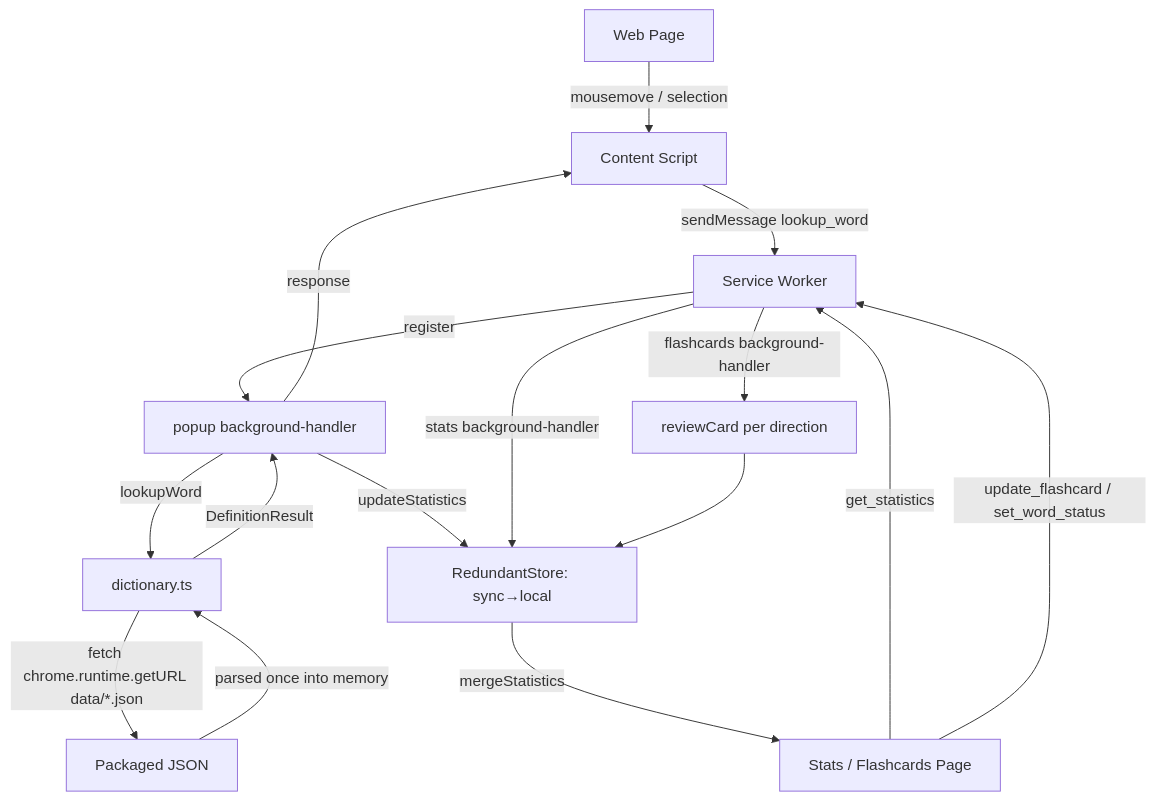
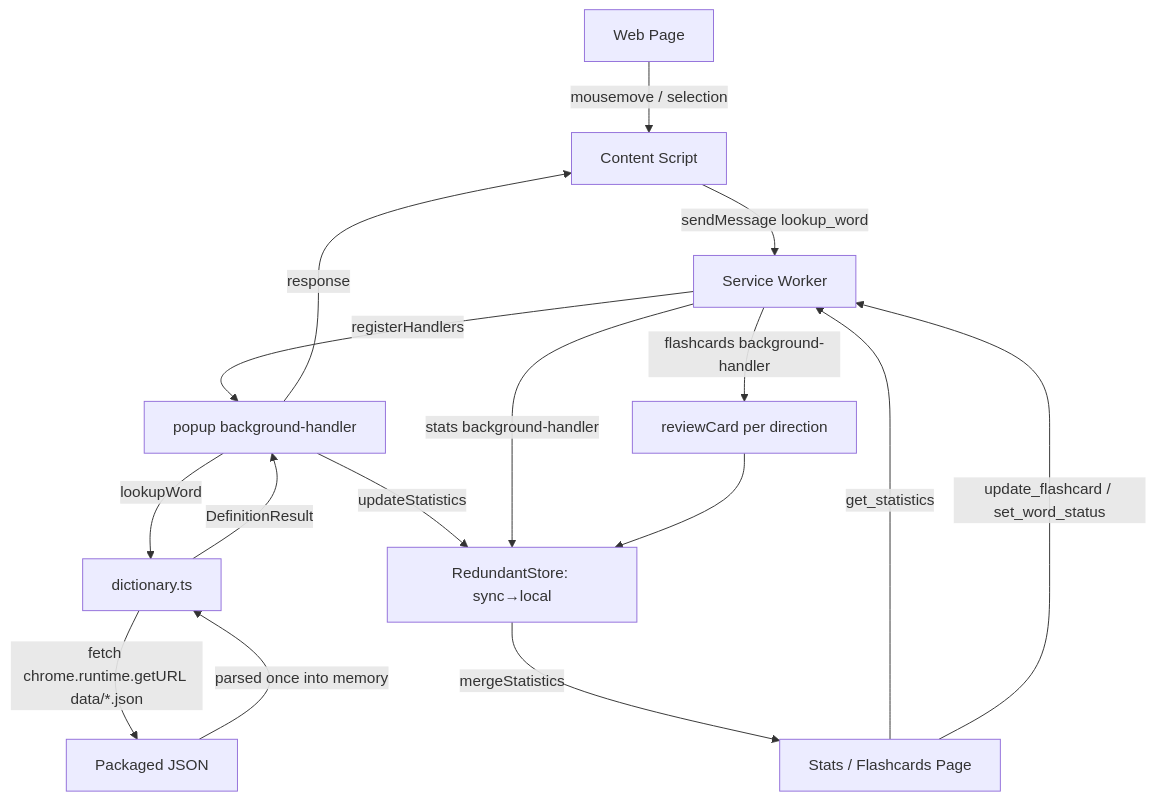
Before and after one commit to VWongDev/canto-toolbox: the diagram in .claude/docs/architecture.md, drawn with Mermaid. The commit also changed other lines of this file and 4 other files, not shown here.

````diff
--- a/.claude/docs/architecture.md
+++ b/.claude/docs/architecture.md
@@ -78,18 +92,18 @@
 ```mermaid
 flowchart TD
     A[Web Page] -->|mousemove / selection| B[Content Script]
     B -->|sendMessage lookup_word| C[Service Worker]
-    C -->|register| H1[popup background-handler]
+    C -->|registerHandlers| H1[popup background-handler]
     H1 -->|lookupWord| D[dictionary.ts]
     D -->|fetch chrome.runtime.getURL data/*.json| E[Packaged JSON]
     E -->|parsed once into memory| D
     D -->|DefinitionResult| H1
     H1 -->|response| B
     H1 -->|updateStatistics| F[RedundantStore: sync→local]
     G[Stats / Flashcards Page] -->|get_statistics| C
     C -->|stats background-handler| F
     F -->|mergeStatistics| G
     G -->|update_flashcard / set_word_status| C
     C -->|flashcards background-handler| H2[reviewCard per direction]
     H2 --> F
 ```
````
